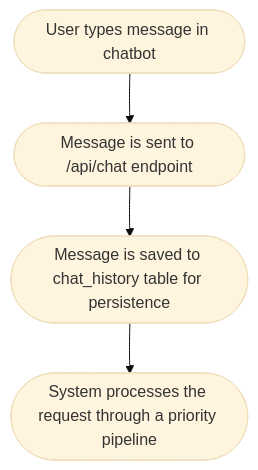
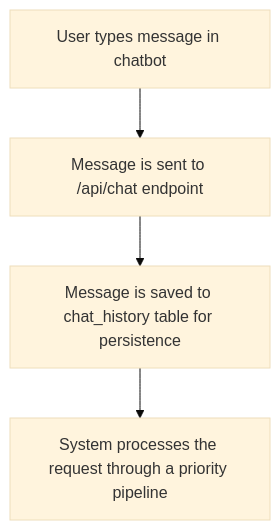
The fifth of 15 diagrams in STEP_BY_STEP_GUIDE.md (chaitanyasaiyerra/Musuem-chatbot), drawn with Mermaid (base theme) before and after one commit. The commit also changed other lines of this file and 1 other file, not shown here.

Commit message:
docs: wrap mermaid nodes in standard boxes with quotes to prevent text wrapping

````diff
--- a/STEP_BY_STEP_GUIDE.md
+++ b/STEP_BY_STEP_GUIDE.md
@@ -81,6 +81,6 @@
 ```mermaid
 graph TD
-    A([User types message in chatbot]) --> B([Message is sent to /api/chat endpoint])
-    B --> C([Message is saved to chat_history table for persistence])
-    C --> D([System processes the request through a priority pipeline])
+    A["User types message in chatbot"] --> B["Message is sent to /api/chat endpoint"]
+    B --> C["Message is saved to chat_history table for persistence"]
+    C --> D["System processes the request through a priority pipeline"]
 ```
````
